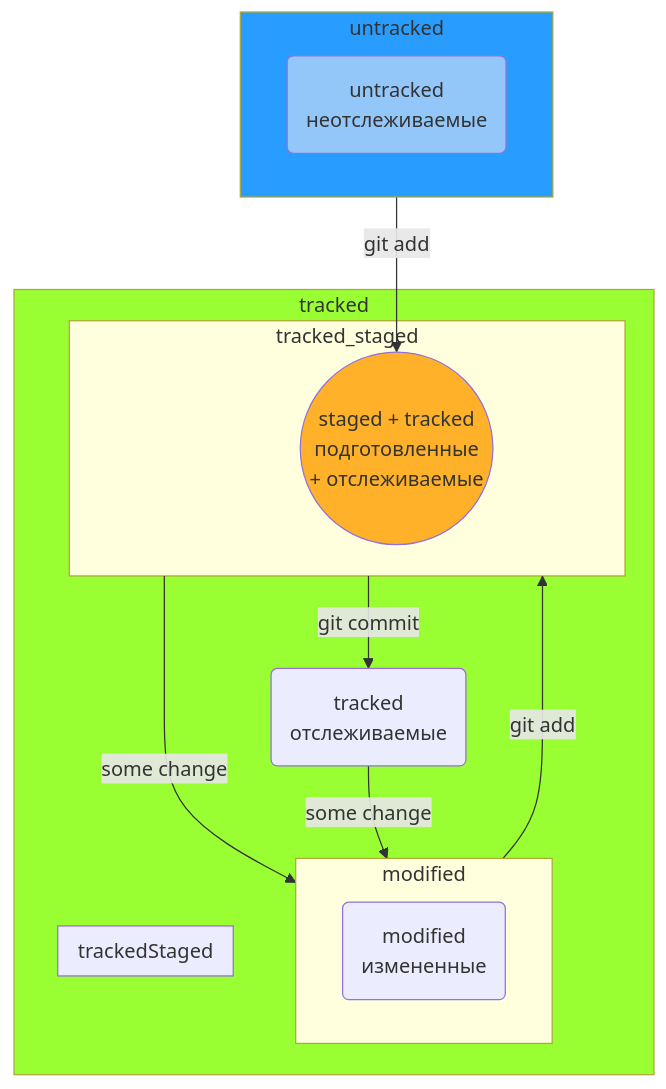
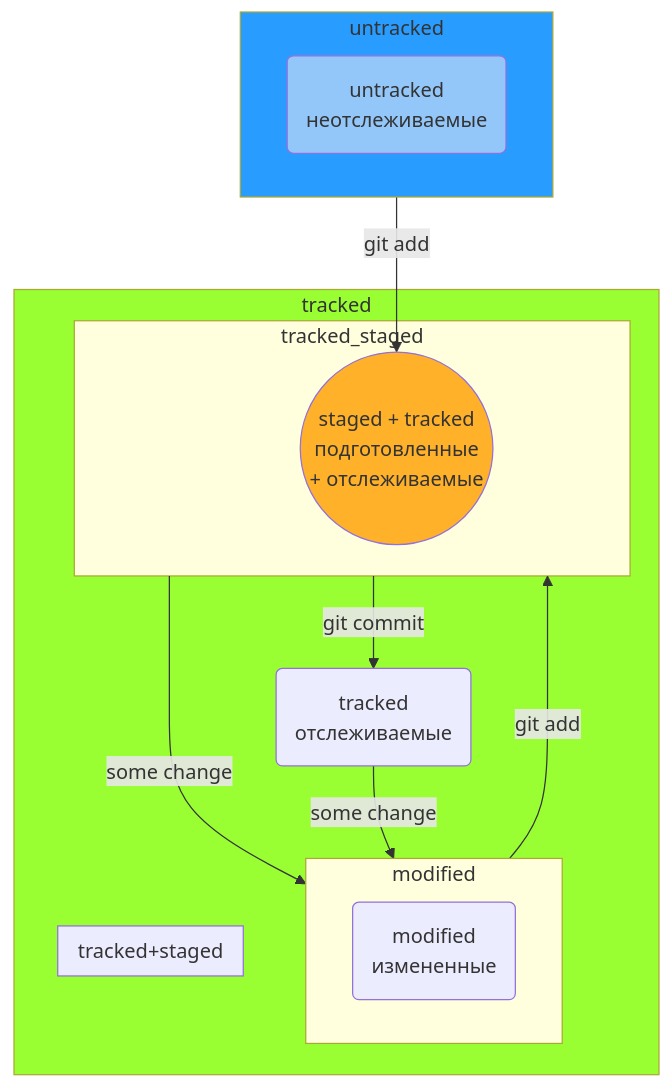
Before and after one commit to AleksandrVakarin/GitInstructionMermaid: the diagram in README.md, drawn with Mermaid.

````diff
--- a/README.md
+++ b/README.md
@@ -93,42 +93,42 @@
 ```mermaid
 flowchart TD;
 	
 	stgd((staged + tracked<br>подготовленные<br> + отслеживаемые))
 	mdf(modified<br>измененные)
 	untr(untracked<br>неотслеживаемые)
 	trcd(tracked<br>отслеживаемые)
 
 
 	
 
 	subgraph tracked
 		subgraph tracked_staged
 			stgd
 		end
 
 		modified-- git add --> tracked_staged
 		tracked_staged-- some change --> modified
 		tracked_staged-- git commit --> trcd
 		trcd-- some change -->modified
 
 		subgraph modified
 			mdf
 		end
 
-		subgraph trackedStaged
+		subgraph tracked+staged
 		end
 
 	end
 
 
 	subgraph untracked
 		untr
 	end
 	
 	untracked-- git add -->stgd
 
 	style stgd fill: #FFB129
 	style untr fill: #93C7FA
 	style untracked fill: #299CFF
 	style tracked fill: #99FF33
 ```
````
